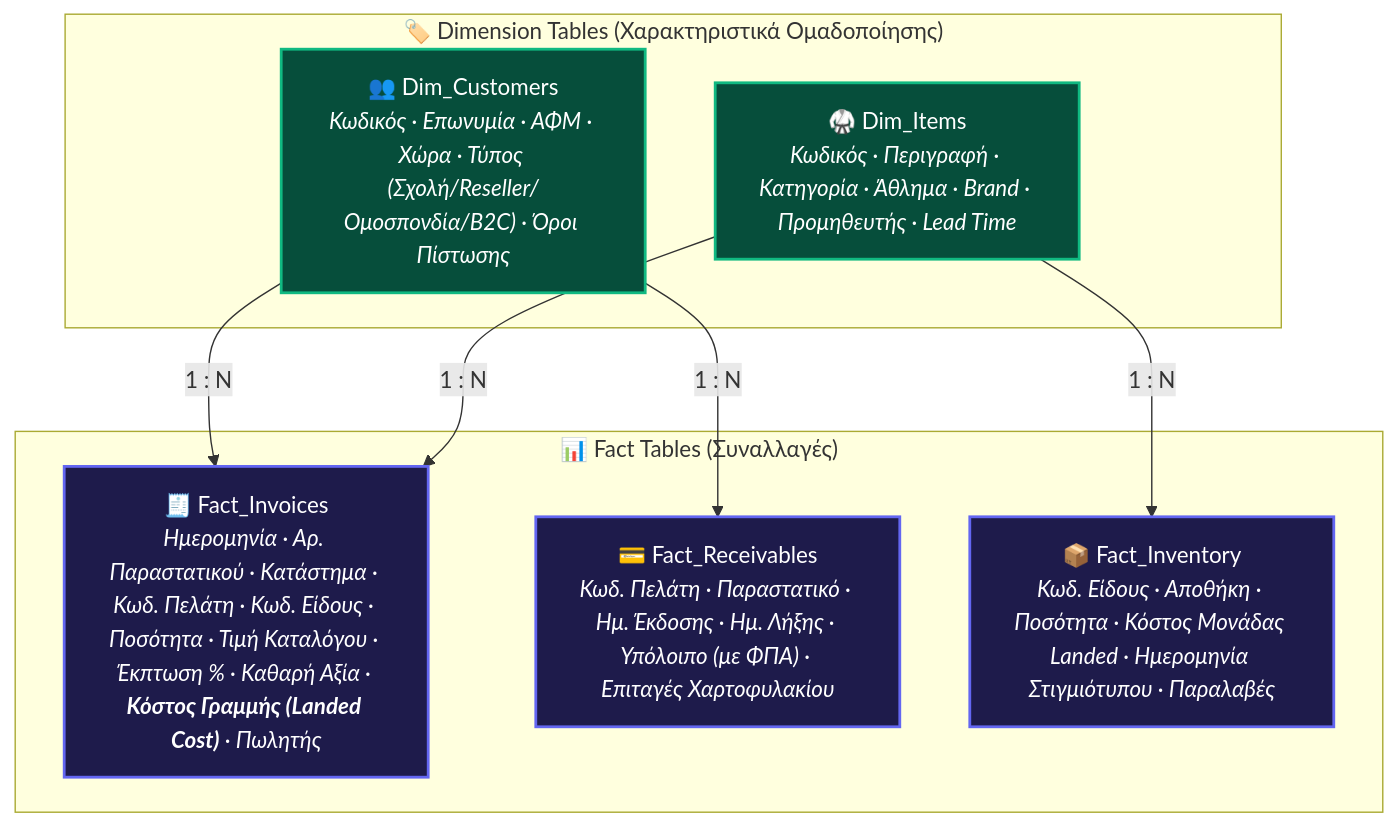
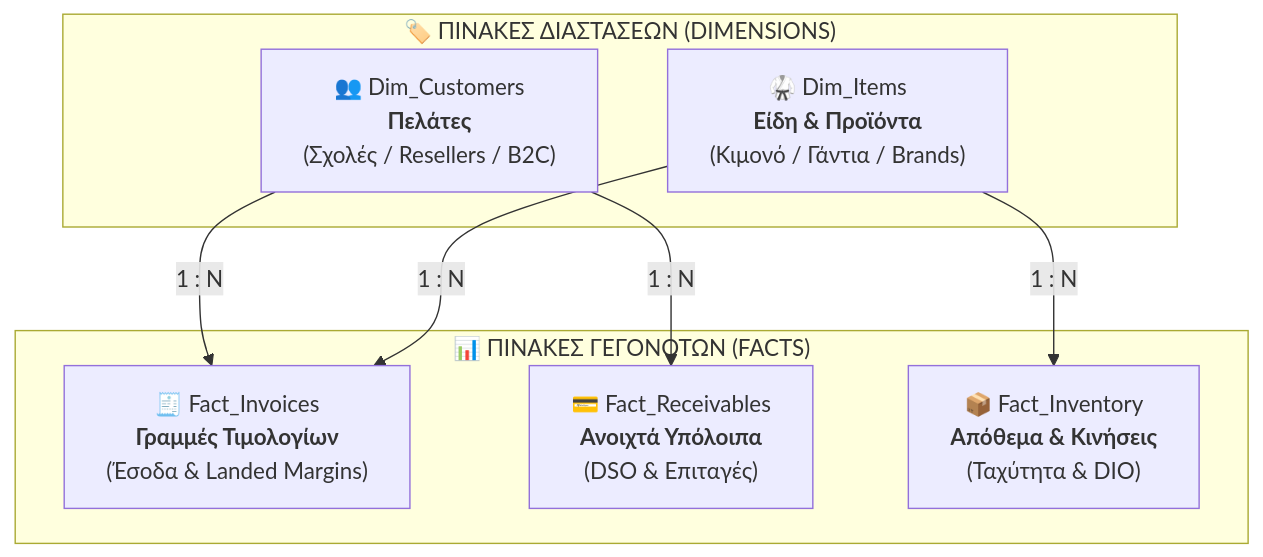
Before and after one commit to karidasd/erp-kpi-hub: the first of 2 diagrams in README.md, drawn with Mermaid. The commit also changed other lines of this file, not shown here.

Commit message:
style: fix mermaid star schema diagram layout and table specifications

````diff
--- a/README.md
+++ b/README.md
@@ -59,23 +61,18 @@
 ```mermaid
 flowchart TD
-    subgraph Fact_Tables["📊 Fact Tables (Συναλλαγές)"]
-        F1["🧾 Fact_Invoices<br/><i>Ημερομηνία · Αρ. Παραστατικού · Κατάστημα · Κωδ. Πελάτη · Κωδ. Είδους · Ποσότητα · Τιμή Καταλόγου · Έκπτωση % · Καθαρή Αξία · <b>Κόστος Γραμμής (Landed Cost)</b> · Πωλητής</i>"]
-        F2["💳 Fact_Receivables<br/><i>Κωδ. Πελάτη · Παραστατικό · Ημ. Έκδοσης · Ημ. Λήξης · Υπόλοιπο (με ΦΠΑ) · Επιταγές Χαρτοφυλακίου</i>"]
-        F3["📦 Fact_Inventory<br/><i>Κωδ. Είδους · Αποθήκη · Ποσότητα · Κόστος Μονάδας Landed · Ημερομηνία Στιγμιότυπου · Παραλαβές</i>"]
+    subgraph DIMS["🏷️ ΠΙΝΑΚΕΣ ΔΙΑΣΤΑΣΕΩΝ (DIMENSIONS)"]
+        D1["👥 Dim_Customers<br/><b>Πελάτες</b><br/>(Σχολές / Resellers / B2C)"]
+        D2["🥋 Dim_Items<br/><b>Είδη & Προϊόντα</b><br/>(Κιμονό / Γάντια / Brands)"]
     end
 
-    subgraph Dim_Tables["🏷️ Dimension Tables (Χαρακτηριστικά Ομαδοποίησης)"]
-        D1["👥 Dim_Customers<br/><i>Κωδικός · Επωνυμία · ΑΦΜ · Χώρα · Τύπος (Σχολή/Reseller/Ομοσπονδία/B2C) · Όροι Πίστωσης</i>"]
-        D2["🥋 Dim_Items<br/><i>Κωδικός · Περιγραφή · Κατηγορία · Άθλημα · Brand · Προμηθευτής · Lead Time</i>"]
+    subgraph FACTS["📊 ΠΙΝΑΚΕΣ ΓΕΓΟΝΟΤΩΝ (FACTS)"]
+        F1["🧾 Fact_Invoices<br/><b>Γραμμές Τιμολογίων</b><br/>(Έσοδα & Landed Margins)"]
+        F2["💳 Fact_Receivables<br/><b>Ανοιχτά Υπόλοιπα</b><br/>(DSO & Επιταγές)"]
+        F3["📦 Fact_Inventory<br/><b>Απόθεμα & Κινήσεις</b><br/>(Ταχύτητα & DIO)"]
     end
 
     D1 -->|1 : N| F1
     D1 -->|1 : N| F2
     D2 -->|1 : N| F1
     D2 -->|1 : N| F3
-
-    classDef fact fill:#1e1b4b,stroke:#6366f1,stroke-width:2px,color:#fff;
-    classDef dim fill:#064e3b,stroke:#10b981,stroke-width:2px,color:#fff;
-    class F1,F2,F3 fact;
-    class D1,D2 dim;
 ```
````
